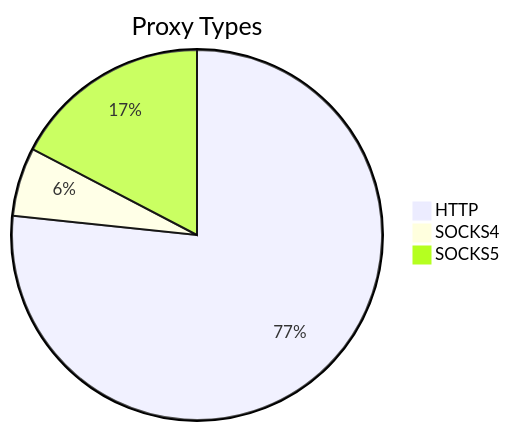
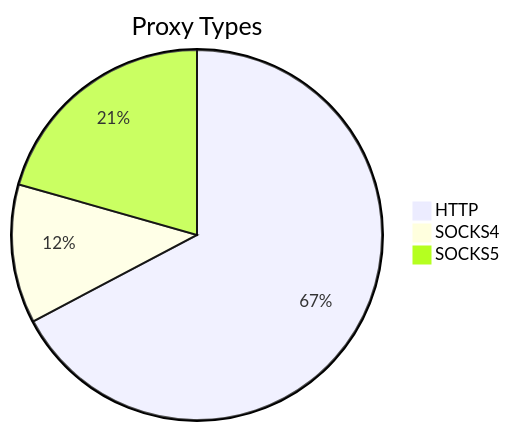
Before and after one commit to stormsia/proxy-list: the first of 2 diagrams in README.md, drawn with Mermaid. The commit also changed other lines of this file, not shown here.

````diff
--- a/README.md
+++ b/README.md
@@ -21,6 +21,6 @@
 ```mermaid
 pie title Proxy Types
-    "HTTP" : 230
-    "SOCKS4" : 18
-    "SOCKS5" : 52
+    "HTTP" : 294
+    "SOCKS4" : 53
+    "SOCKS5" : 90
 ```
````
